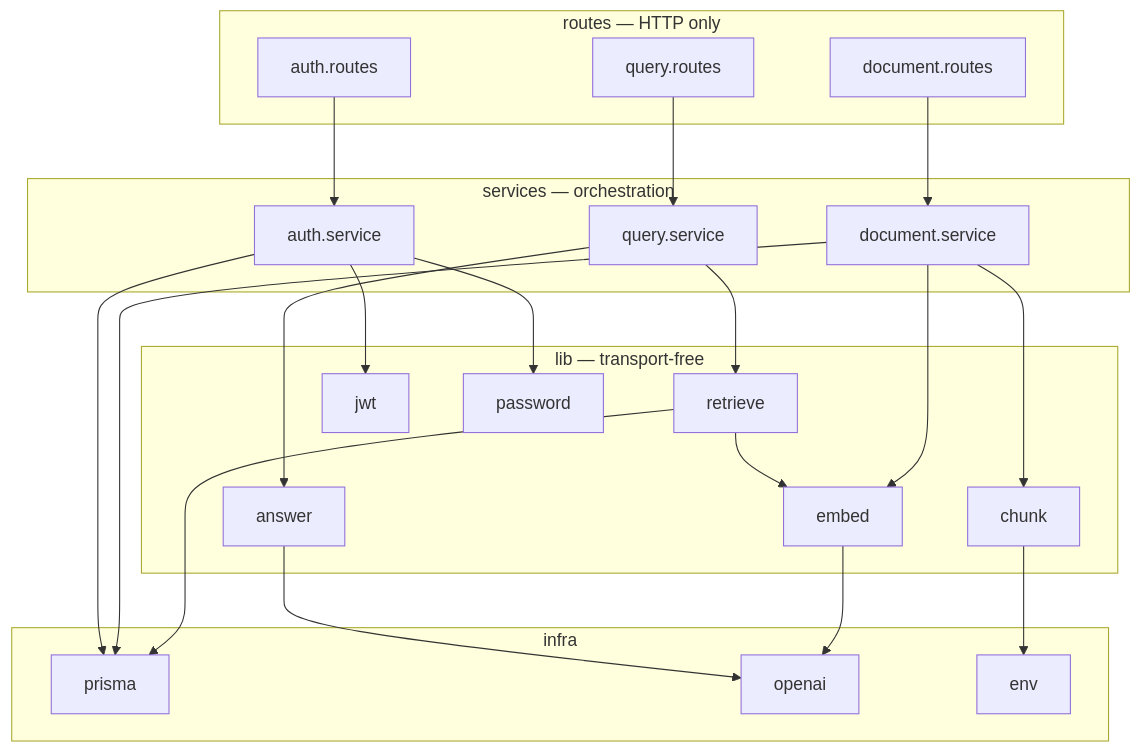
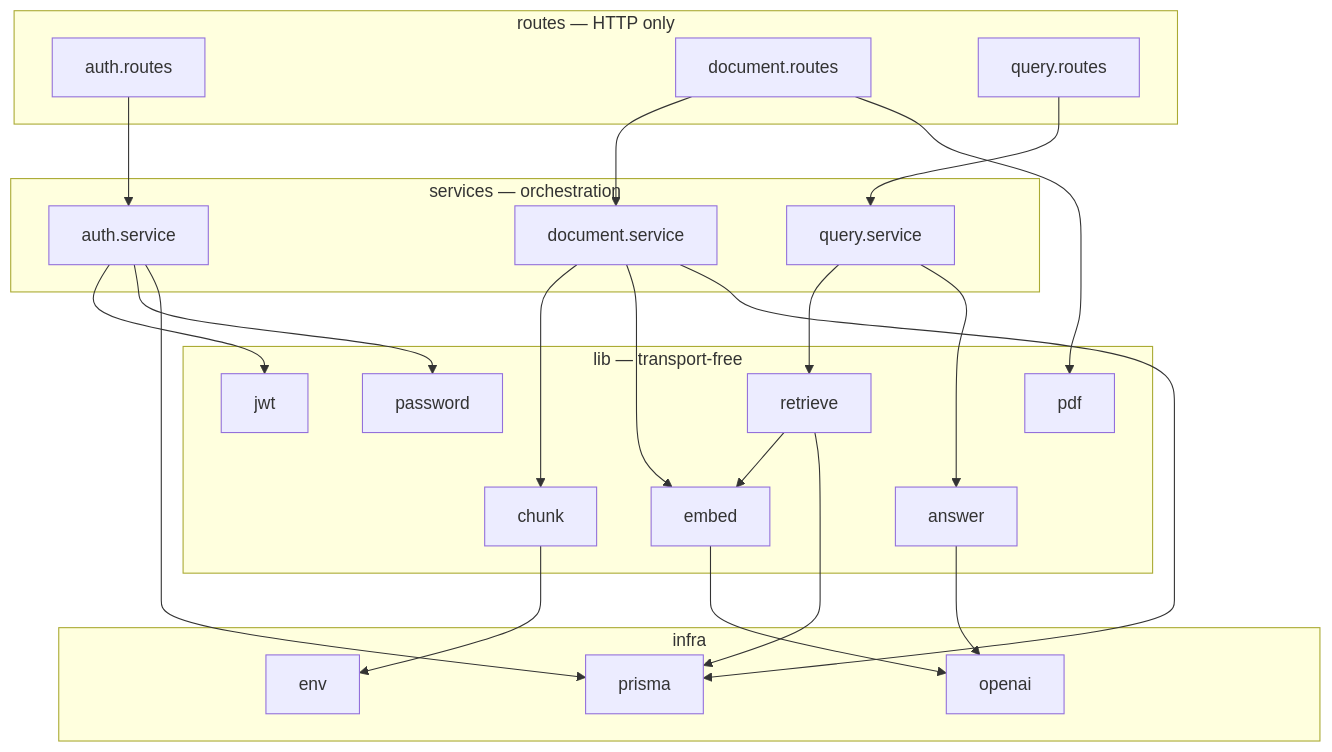
One commit to AbhishekSatyam96/rag-assistant changed the first of 6 diagrams in docs/lld.md. Above: the diagram before and after it, drawn with Mermaid. The commit also changed other lines of this file and 17 other files, not shown here.

````diff
--- a/docs/lld.md
+++ b/docs/lld.md
@@ -17,43 +17,45 @@
 ```mermaid
 flowchart TD
     subgraph routes["routes — HTTP only"]
         AR["auth.routes"]
         DR["document.routes"]
         QR["query.routes"]
     end
     subgraph services["services — orchestration"]
         AS["auth.service"]
         DS["document.service"]
         QS["query.service"]
     end
     subgraph lib["lib — transport-free"]
+        PD["pdf"]
         CH["chunk"]
         EM["embed"]
         RE["retrieve"]
         AN["answer"]
         JW["jwt"]
         PW["password"]
     end
     subgraph infra["infra"]
         PR["prisma"]
         OA["openai"]
         EN["env"]
     end
 
     AR --> AS
     DR --> DS
     QR --> QS
+    DR --> PD
     AS --> JW
     AS --> PW
     DS --> CH
     DS --> EM
     QS --> RE
     QS --> AN
     RE --> EM
     CH --> EN
     EM --> OA
     AN --> OA
     RE --> PR
     DS --> PR
     AS --> PR
 ```
````
